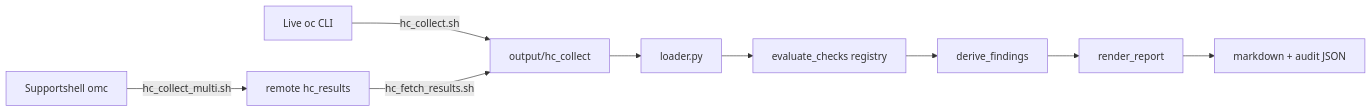
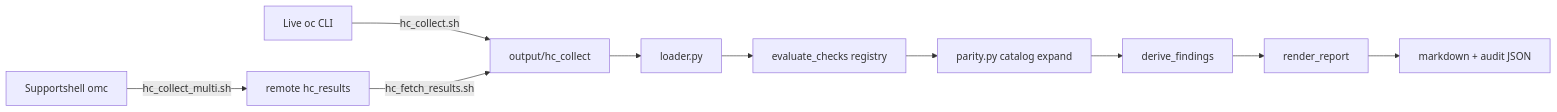
The third of 3 diagrams in docs/ARCHITECTURE.md (stratus-ss/arch-design-doc-generator), drawn with Mermaid before and after one commit. The commit also changed other lines of this file and 21 other files, not shown here.

````diff
--- a/docs/ARCHITECTURE.md
+++ b/docs/ARCHITECTURE.md
@@ -84,11 +84,12 @@
 ```mermaid
 flowchart LR
     Live[Live oc CLI] -->|hc_collect.sh| CollectOut[output/hc_collect]
     MG[Supportshell omc] -->|hc_collect_multi.sh| Remote[remote hc_results]
     Remote -->|hc_fetch_results.sh| CollectOut
     CollectOut --> Loader[loader.py]
     Loader --> Evaluate[evaluate_checks registry]
-    Evaluate --> Findings[derive_findings]
+    Evaluate --> Expand[parity.py catalog expand]
+    Expand --> Findings[derive_findings]
     Findings --> Renderer[render_report]
     Renderer --> ReportMd[markdown + audit JSON]
 ```
````
